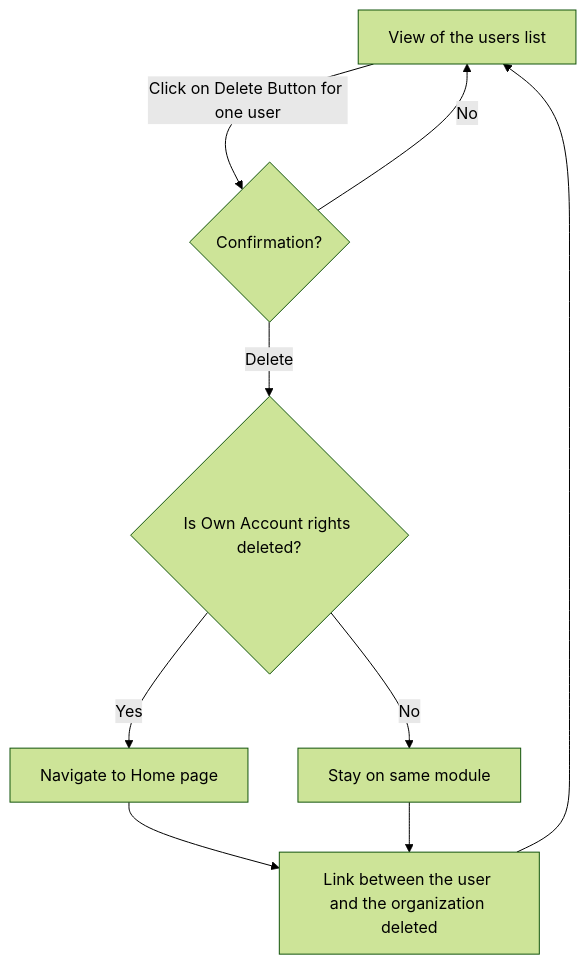
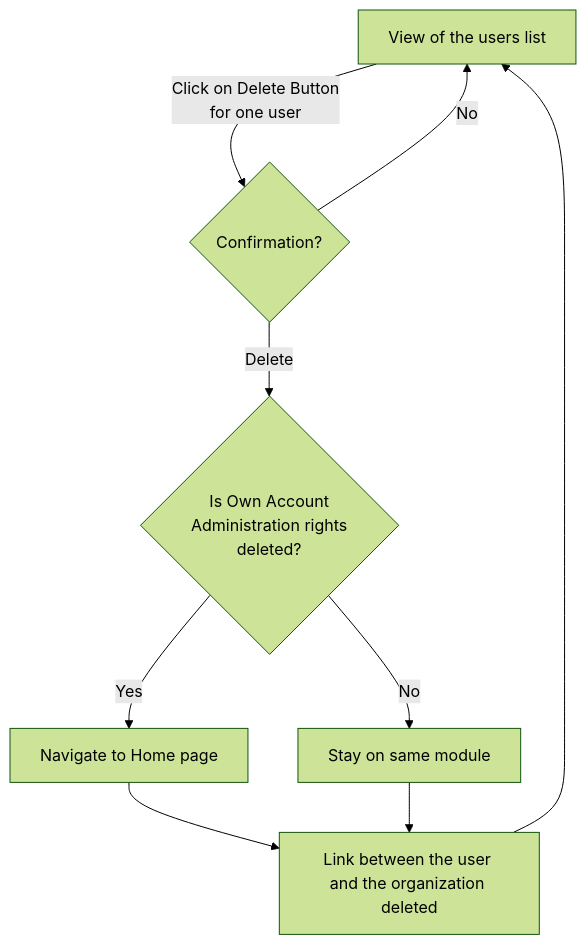
One commit to teamg4it/g4it changed the first of 2 diagrams in services/documentation/content/2-functional-documentation/use_cases/uc_administration/uc_administration_manage_users/uc3_delete_roles.md. Above: the diagram before and after it, drawn with Mermaid (forest theme). The commit also changed other lines of this file and 1 other file, not shown here.

```diff
--- a/services/documentation/content/2-functional-documentation/use_cases/uc_administration/uc_administration_manage_users/uc3_delete_roles.md
+++ b/services/documentation/content/2-functional-documentation/use_cases/uc_administration/uc_administration_manage_users/uc3_delete_roles.md
@@ -27,8 +27,8 @@
 {{< mermaid >}}
 graph TD;
-Step1[View of the users list] --> |Click on Delete Button for one user|Decision1{Confirmation?}
-Decision1 -->|Delete|Decision2{Is Own Account rights deleted?}
+Step1[View of the users list] --> |Click on Delete Button<br> for one user|Decision1{Confirmation?}
+Decision1 -->|Delete|Decision2{Is Own Account<br> Administration rights<br> deleted?}
 Decision1 -->|No|Step1
 Decision2 --> |Yes|Step2[Navigate to Home page] --> Step4
 Decision2 --> |No|Step3[Stay on same module] --> Step4[Link between the user and the organization deleted] --> Step1
 {{< /mermaid >}}
```
